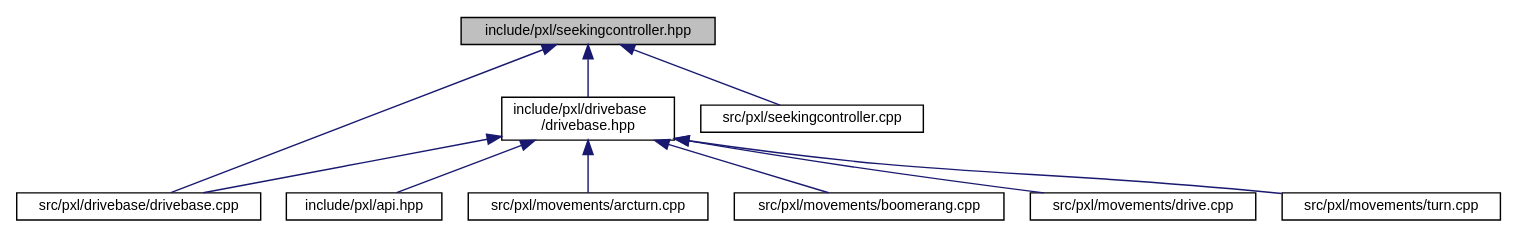
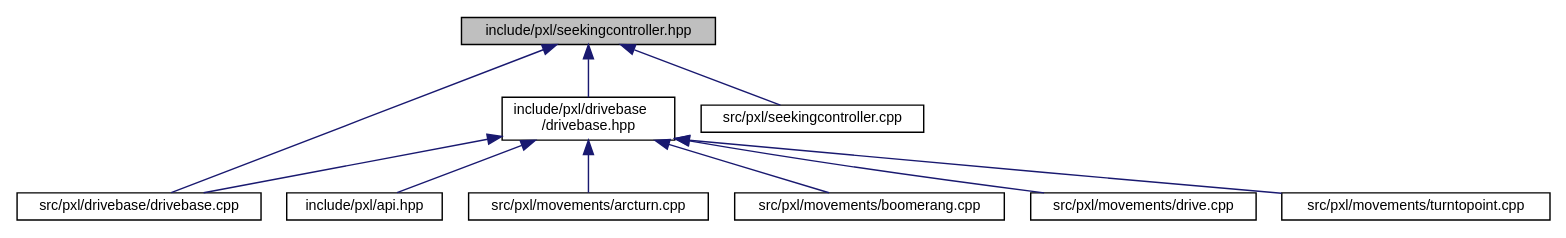
The diagram in seekingcontroller_8hpp__dep__incl.dot (Pixel-Lib/Pixel), drawn with Graphviz before and after one commit. The commit also changed 151 other files, not shown here.

```diff
--- a/seekingcontroller_8hpp__dep__incl.dot
+++ b/seekingcontroller_8hpp__dep__incl.dot
@@ -1,24 +1,24 @@
 digraph "include/pxl/seekingcontroller.hpp"
 {
  // LATEX_PDF_SIZE
   edge [fontname="Helvetica",fontsize="10",labelfontname="Helvetica",labelfontsize="10"];
   node [fontname="Helvetica",fontsize="10",shape=record];
   Node1 [label="include/pxl/seekingcontroller.hpp",height=0.2,width=0.4,color="black", fillcolor="grey75", style="filled", fontcolor="black",tooltip=" "];
   Node1 -> Node2 [dir="back",color="midnightblue",fontsize="10",style="solid",fontname="Helvetica"];
   Node2 [label="include/pxl/drivebase\l/drivebase.hpp",height=0.2,width=0.4,color="black", fillcolor="white", style="filled",URL="$drivebase_8hpp.html",tooltip=" "];
   Node2 -> Node3 [dir="back",color="midnightblue",fontsize="10",style="solid",fontname="Helvetica"];
   Node3 [label="include/pxl/api.hpp",height=0.2,width=0.4,color="black", fillcolor="white", style="filled",URL="$api_8hpp.html",tooltip=" "];
   Node2 -> Node4 [dir="back",color="midnightblue",fontsize="10",style="solid",fontname="Helvetica"];
   Node4 [label="src/pxl/drivebase/drivebase.cpp",height=0.2,width=0.4,color="black", fillcolor="white", style="filled",URL="$drivebase_8cpp.html",tooltip=" "];
   Node2 -> Node5 [dir="back",color="midnightblue",fontsize="10",style="solid",fontname="Helvetica"];
   Node5 [label="src/pxl/movements/arcturn.cpp",height=0.2,width=0.4,color="black", fillcolor="white", style="filled",URL="$arcturn_8cpp.html",tooltip=" "];
   Node2 -> Node6 [dir="back",color="midnightblue",fontsize="10",style="solid",fontname="Helvetica"];
   Node6 [label="src/pxl/movements/boomerang.cpp",height=0.2,width=0.4,color="black", fillcolor="white", style="filled",URL="$boomerang_8cpp.html",tooltip=" "];
   Node2 -> Node7 [dir="back",color="midnightblue",fontsize="10",style="solid",fontname="Helvetica"];
   Node7 [label="src/pxl/movements/drive.cpp",height=0.2,width=0.4,color="black", fillcolor="white", style="filled",URL="$drive_8cpp.html",tooltip=" "];
   Node2 -> Node8 [dir="back",color="midnightblue",fontsize="10",style="solid",fontname="Helvetica"];
-  Node8 [label="src/pxl/movements/turn.cpp",height=0.2,width=0.4,color="black", fillcolor="white", style="filled",URL="$turn_8cpp.html",tooltip=" "];
+  Node8 [label="src/pxl/movements/turntopoint.cpp",height=0.2,width=0.4,color="black", fillcolor="white", style="filled",URL="$turntopoint_8cpp.html",tooltip=" "];
   Node1 -> Node4 [dir="back",color="midnightblue",fontsize="10",style="solid",fontname="Helvetica"];
   Node1 -> Node9 [dir="back",color="midnightblue",fontsize="10",style="solid",fontname="Helvetica"];
   Node9 [label="src/pxl/seekingcontroller.cpp",height=0.2,width=0.4,color="black", fillcolor="white", style="filled",URL="$seekingcontroller_8cpp.html",tooltip=" "];
 }
```
